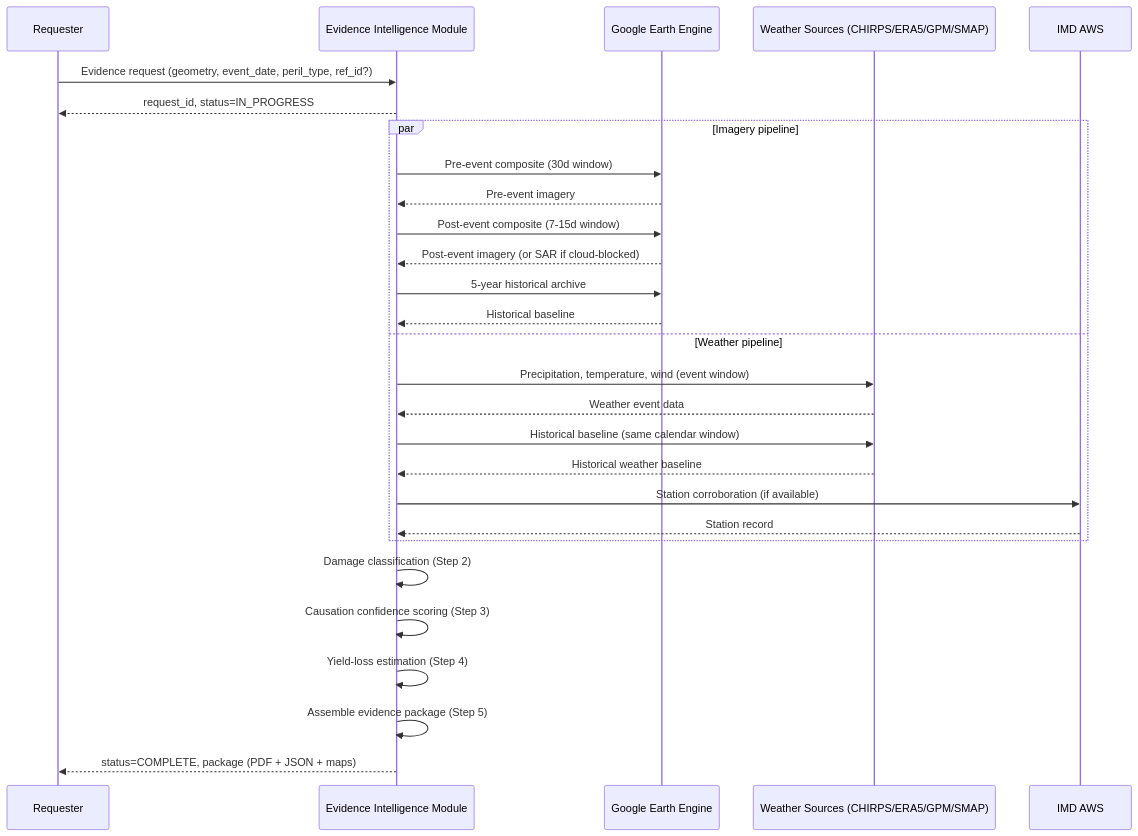
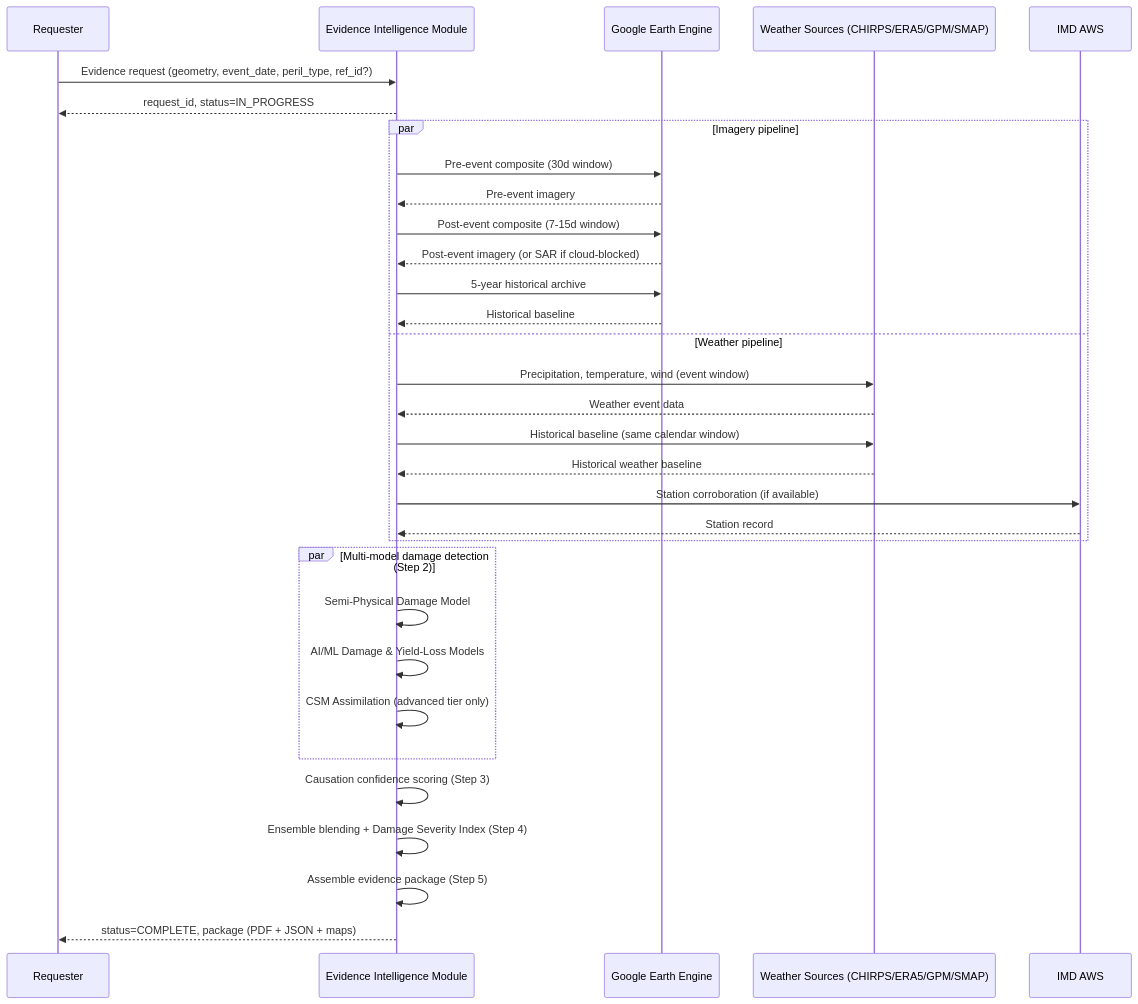
The diagram in crop-insurance/documents/initiatives/evidence-intelligence-module/Evidence-Flow-Spec.md (evidence-intelligence-module/evidence-intelligence-module), drawn with Mermaid before and after one commit. The commit also changed other lines of this file and 21 other files, not shown here.

````diff
--- a/crop-insurance/documents/initiatives/evidence-intelligence-module/Evidence-Flow-Spec.md
+++ b/crop-insurance/documents/initiatives/evidence-intelligence-module/Evidence-Flow-Spec.md
@@ -96,33 +95,37 @@
 ```mermaid
 sequenceDiagram
     participant Requester
     participant EIM as Evidence Intelligence Module
     participant GEE as Google Earth Engine
     participant WX as Weather Sources (CHIRPS/ERA5/GPM/SMAP)
     participant IMD as IMD AWS
 
     Requester->>EIM: Evidence request (geometry, event_date, peril_type, ref_id?)
     EIM-->>Requester: request_id, status=IN_PROGRESS
 
     par Imagery pipeline
         EIM->>GEE: Pre-event composite (30d window)
         GEE-->>EIM: Pre-event imagery
         EIM->>GEE: Post-event composite (7-15d window)
         GEE-->>EIM: Post-event imagery (or SAR if cloud-blocked)
         EIM->>GEE: 5-year historical archive
         GEE-->>EIM: Historical baseline
     and Weather pipeline
         EIM->>WX: Precipitation, temperature, wind (event window)
         WX-->>EIM: Weather event data
         EIM->>WX: Historical baseline (same calendar window)
         WX-->>EIM: Historical weather baseline
         EIM->>IMD: Station corroboration (if available)
         IMD-->>EIM: Station record
     end
 
-    EIM->>EIM: Damage classification (Step 2)
+    par Multi-model damage detection (Step 2)
+        EIM->>EIM: Semi-Physical Damage Model
+        EIM->>EIM: AI/ML Damage & Yield-Loss Models
+        EIM->>EIM: CSM Assimilation (advanced tier only)
+    end
     EIM->>EIM: Causation confidence scoring (Step 3)
-    EIM->>EIM: Yield-loss estimation (Step 4)
+    EIM->>EIM: Ensemble blending + Damage Severity Index (Step 4)
     EIM->>EIM: Assemble evidence package (Step 5)
     EIM-->>Requester: status=COMPLETE, package (PDF + JSON + maps)
 ```
````
